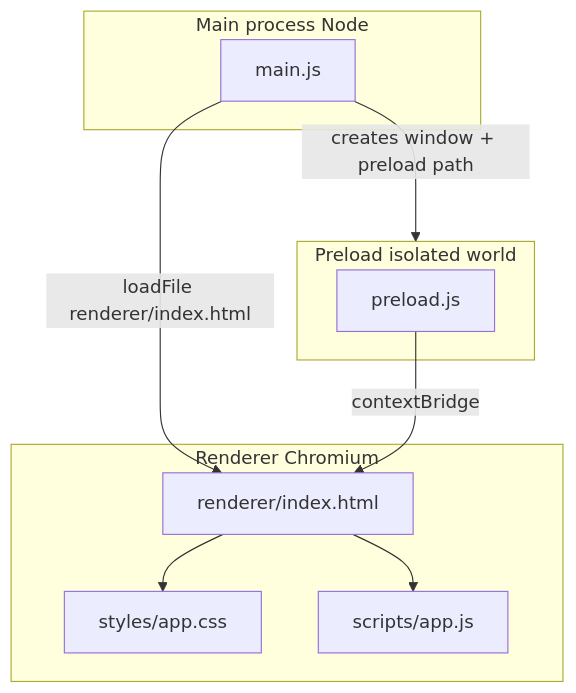
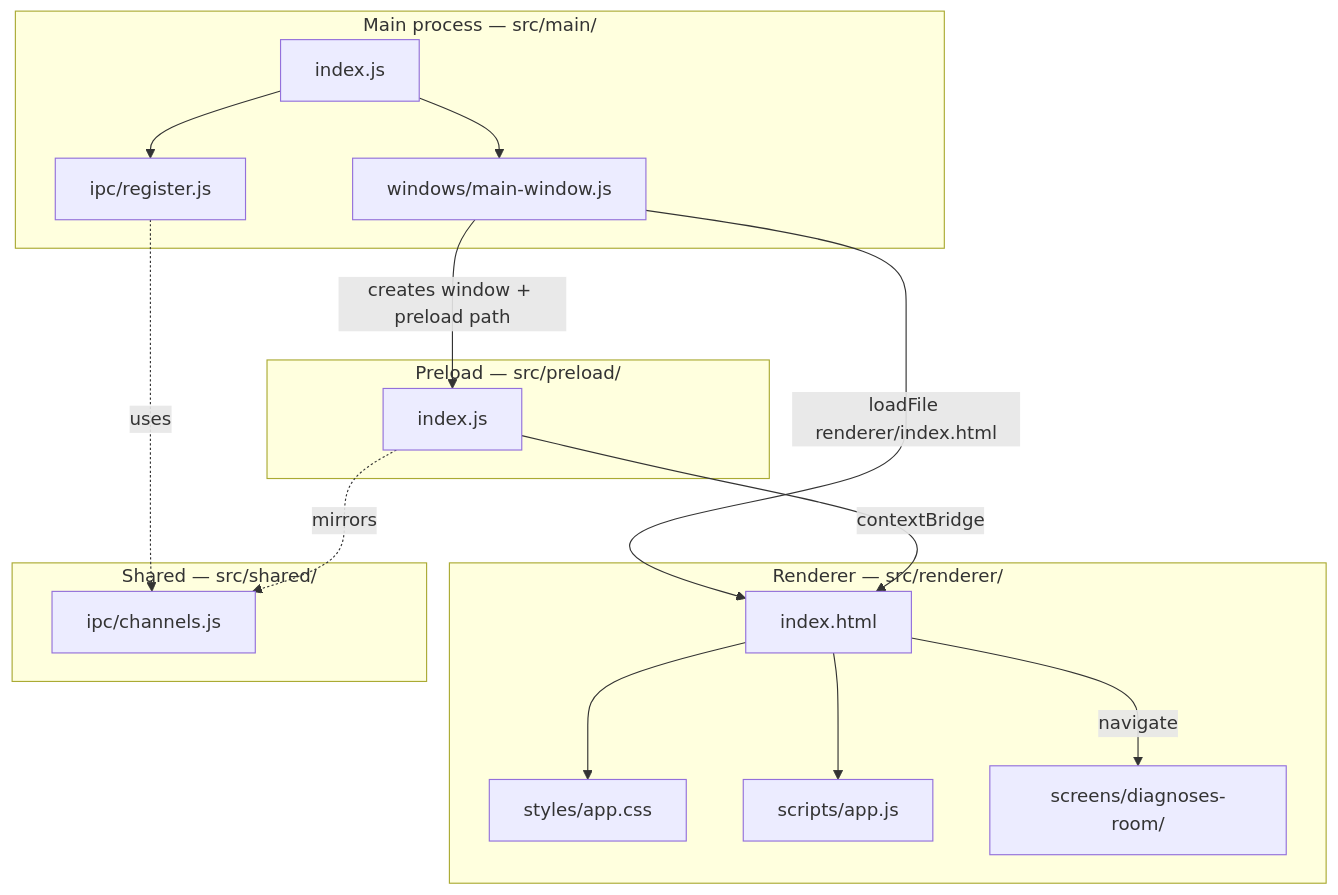
The diagram in CLAUDE.md (XeroDays/NeuroAGI), drawn with Mermaid before and after one commit. The commit also changed other lines of this file and 23 other files, not shown here.

````diff
--- a/CLAUDE.md
+++ b/CLAUDE.md
@@ -116,19 +138,30 @@
 ```mermaid
 flowchart TB
-  subgraph main [Main process Node]
-    mainjs[main.js]
+  subgraph main [Main process — src/main/]
+    index[index.js]
+    ipc[ipc/register.js]
+    win[windows/main-window.js]
   end
-  subgraph renderer [Renderer Chromium]
-    html[renderer/index.html]
+  subgraph preload [Preload — src/preload/]
+    preloadjs[index.js]
+  end
+  subgraph renderer [Renderer — src/renderer/]
+    html[index.html]
     css[styles/app.css]
     js[scripts/app.js]
+    screens[screens/diagnoses-room/]
   end
-  subgraph bridge [Preload isolated world]
-    preload[preload.js]
+  subgraph shared [Shared — src/shared/]
+    channels[ipc/channels.js]
   end
-  mainjs -->|creates window + preload path| bridge
-  mainjs -->|loadFile renderer/index.html| html
+  index --> ipc
+  index --> win
+  win -->|creates window + preload path| preloadjs
+  win -->|loadFile renderer/index.html| html
   html --> css
   html --> js
-  preload -->|contextBridge| html
+  html -->|navigate| screens
+  preloadjs -->|contextBridge| html
+  ipc -.->|uses| channels
+  preloadjs -.->|mirrors| channels
 ```
````
